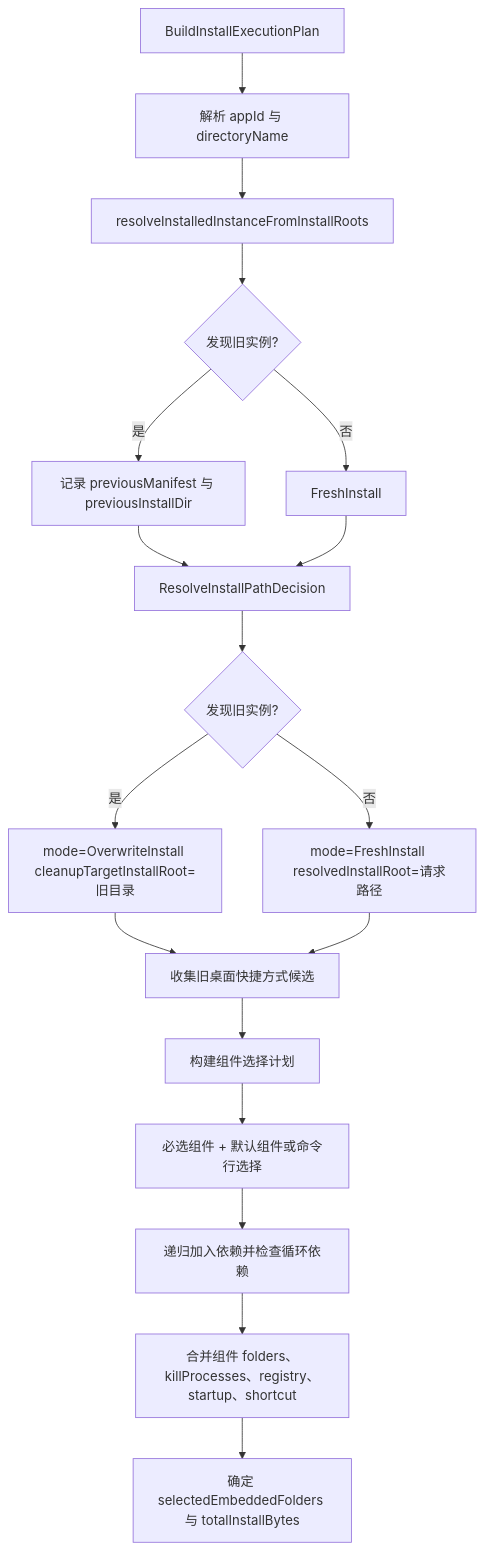
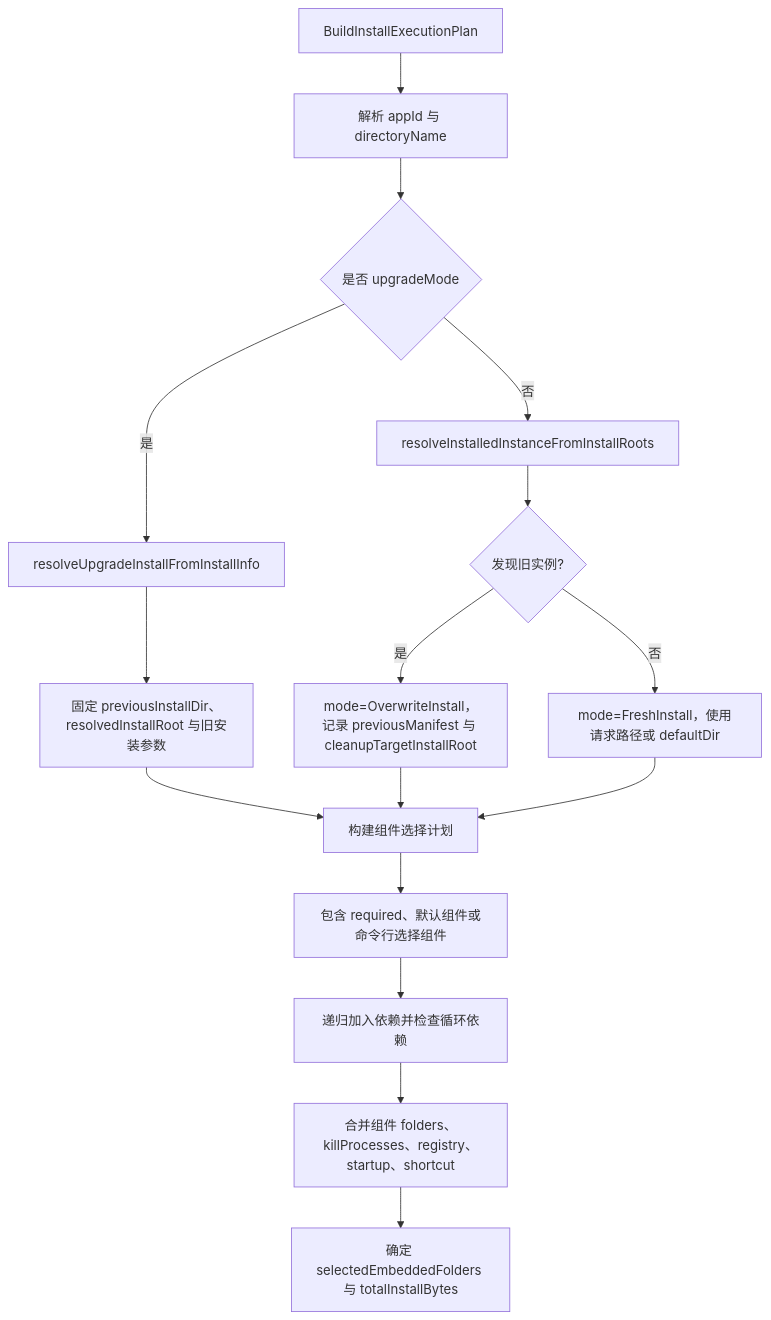
The fifth of 11 diagrams in docs/安装器流程图.md (lu020218/Multi-Threaded_Installer), drawn with Mermaid before and after one commit. The commit also changed other lines of this file and 1 other file, not shown here.

Commit message:
更新流程图文档

````diff
--- a/docs/安装器流程图.md
+++ b/docs/安装器流程图.md
@@ -103,20 +107,18 @@
 ```mermaid
 flowchart TD
-    A[BuildInstallExecutionPlan] --> B[解析 appId 与 directoryName]
-    B --> C[resolveInstalledInstanceFromInstallRoots]
-    C --> D{发现旧实例?}
-    D -->|是| D1[记录 previousManifest 与 previousInstallDir]
-    D -->|否| D2[FreshInstall]
-    D1 --> E[ResolveInstallPathDecision]
-    D2 --> E
-    E --> F{发现旧实例?}
-    F -->|是| F1[mode=OverwriteInstall cleanupTargetInstallRoot=旧目录]
-    F -->|否| F2[mode=FreshInstall resolvedInstallRoot=请求路径]
-    F1 --> G[收集旧桌面快捷方式候选]
+    A["BuildInstallExecutionPlan"] --> B["解析 appId 与 directoryName"]
+    B --> C{"是否 upgradeMode"}
+    C -->|是| C1["resolveUpgradeInstallFromInstallInfo"]
+    C -->|否| D["resolveInstalledInstanceFromInstallRoots"]
+    C1 --> E["固定 previousInstallDir、resolvedInstallRoot 与旧安装参数"]
+    D --> F{"发现旧实例?"}
+    F -->|是| F1["mode=OverwriteInstall，记录 previousManifest 与 cleanupTargetInstallRoot"]
+    F -->|否| F2["mode=FreshInstall，使用请求路径或 defaultDir"]
+    E --> G["构建组件选择计划"]
+    F1 --> G
     F2 --> G
-    G --> H[构建组件选择计划]
-    H --> I[必选组件 + 默认组件或命令行选择]
-    I --> J[递归加入依赖并检查循环依赖]
-    J --> K[合并组件 folders、killProcesses、registry、startup、shortcut]
-    K --> L[确定 selectedEmbeddedFolders 与 totalInstallBytes]
+    G --> H["包含 required、默认组件或命令行选择组件"]
+    H --> I["递归加入依赖并检查循环依赖"]
+    I --> J["合并组件 folders、killProcesses、registry、startup、shortcut"]
+    J --> K["确定 selectedEmbeddedFolders 与 totalInstallBytes"]
 ```
````
